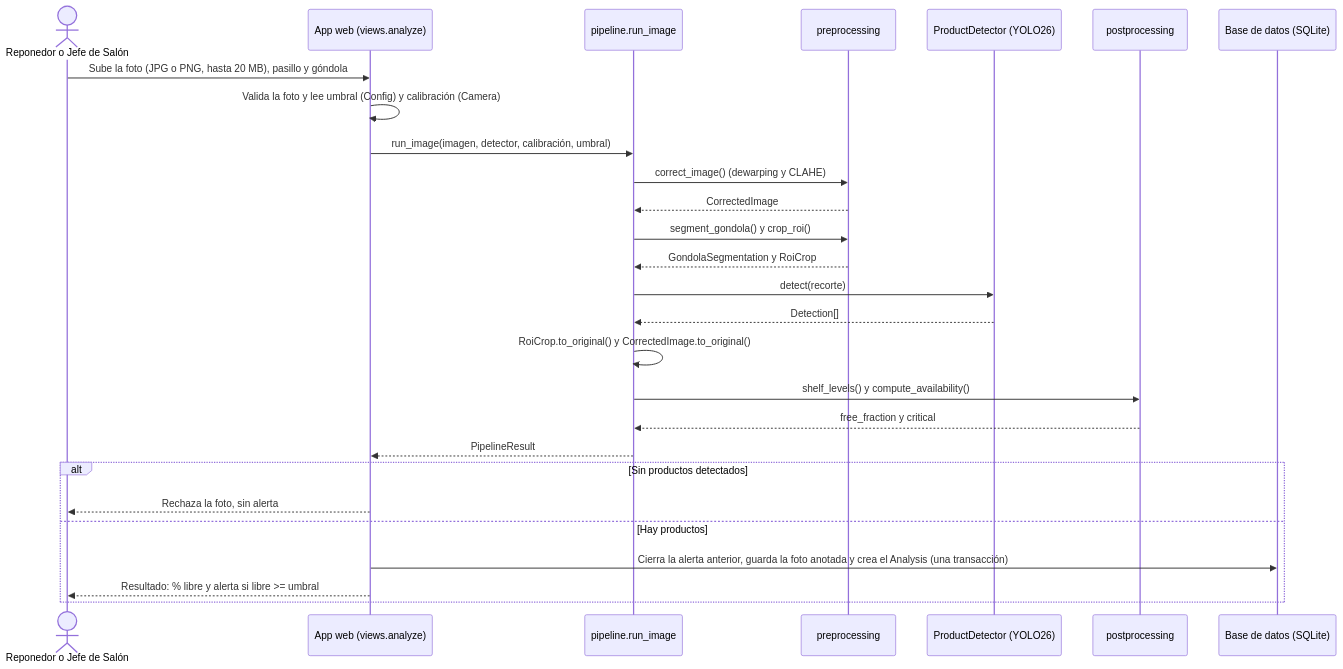
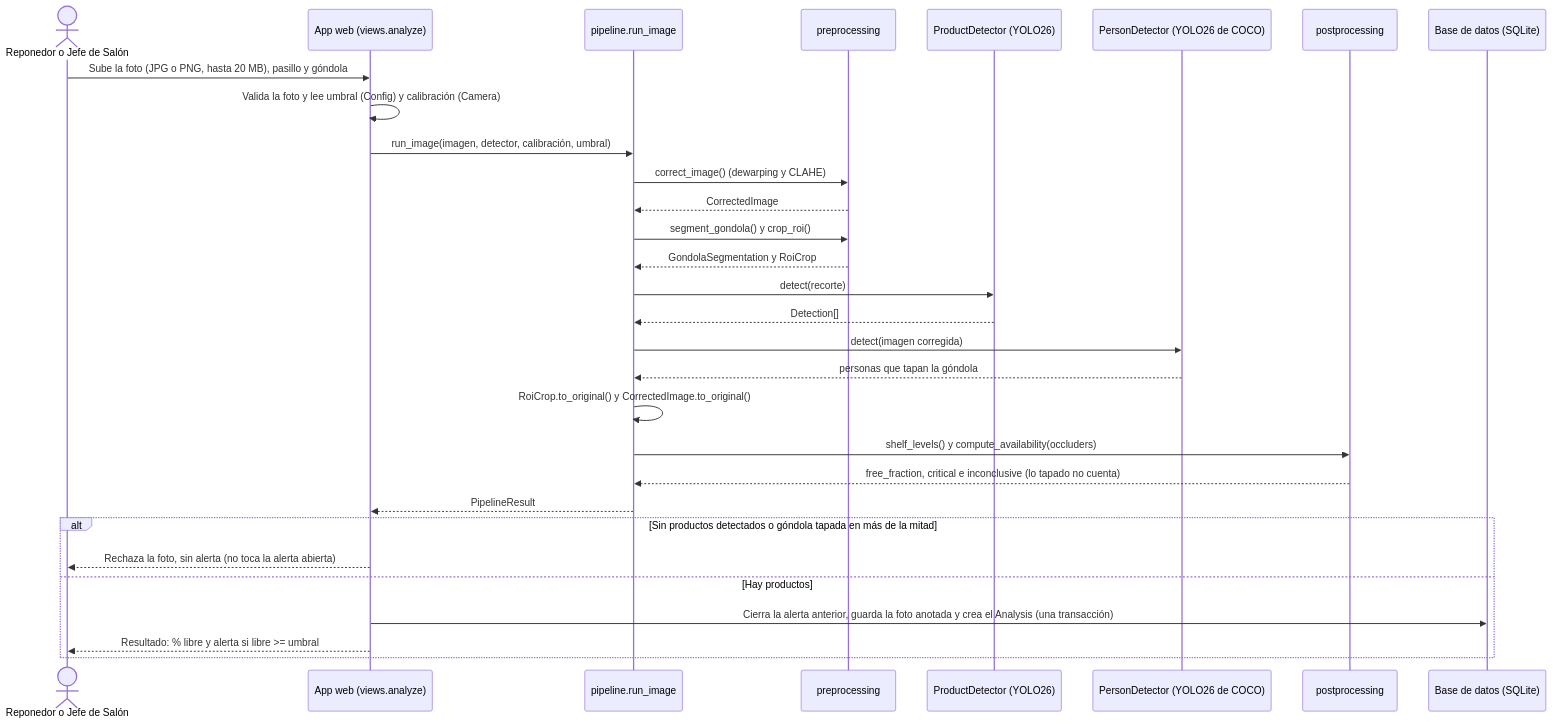
The diagram in Fase 2/Evidencias Proyecto/Evidencias de documentación/Diseño/Diagramas fuente (Mermaid)/Diagrama de Secuencia - Analisis de una foto.mmd (marcianabun/capstone), drawn with Mermaid before and after one commit. The commit also changed 18 other files, not shown here.

First line of the commit message:
docs: revisa documentos, backlog y diagramas contra el repositorio (#90)

```diff
--- a/Fase 2/Evidencias Proyecto/Evidencias de documentación/Diseño/Diagramas fuente (Mermaid)/Diagrama de Secuencia - Analisis de una foto.mmd
+++ b/Fase 2/Evidencias Proyecto/Evidencias de documentación/Diseño/Diagramas fuente (Mermaid)/Diagrama de Secuencia - Analisis de una foto.mmd
@@ -1,28 +1,31 @@
 sequenceDiagram
     actor U as Reponedor o Jefe de Salón
     participant W as App web (views.analyze)
     participant P as pipeline.run_image
     participant C as preprocessing
     participant D as ProductDetector (YOLO26)
+    participant O as PersonDetector (YOLO26 de COCO)
     participant A as postprocessing
     participant DB as Base de datos (SQLite)
 
     U->>W: Sube la foto (JPG o PNG, hasta 20 MB), pasillo y góndola
     W->>W: Valida la foto y lee umbral (Config) y calibración (Camera)
     W->>P: run_image(imagen, detector, calibración, umbral)
     P->>C: correct_image() (dewarping y CLAHE)
     C-->>P: CorrectedImage
     P->>C: segment_gondola() y crop_roi()
     C-->>P: GondolaSegmentation y RoiCrop
     P->>D: detect(recorte)
     D-->>P: Detection[]
+    P->>O: detect(imagen corregida)
+    O-->>P: personas que tapan la góndola
     P->>P: RoiCrop.to_original() y CorrectedImage.to_original()
-    P->>A: shelf_levels() y compute_availability()
-    A-->>P: free_fraction y critical
+    P->>A: shelf_levels() y compute_availability(occluders)
+    A-->>P: free_fraction, critical e inconclusive (lo tapado no cuenta)
     P-->>W: PipelineResult
-    alt Sin productos detectados
-        W-->>U: Rechaza la foto, sin alerta
+    alt Sin productos detectados o góndola tapada en más de la mitad
+        W-->>U: Rechaza la foto, sin alerta (no toca la alerta abierta)
     else Hay productos
         W->>DB: Cierra la alerta anterior, guarda la foto anotada y crea el Analysis (una transacción)
         W-->>U: Resultado: % libre y alerta si libre >= umbral
     end
```
